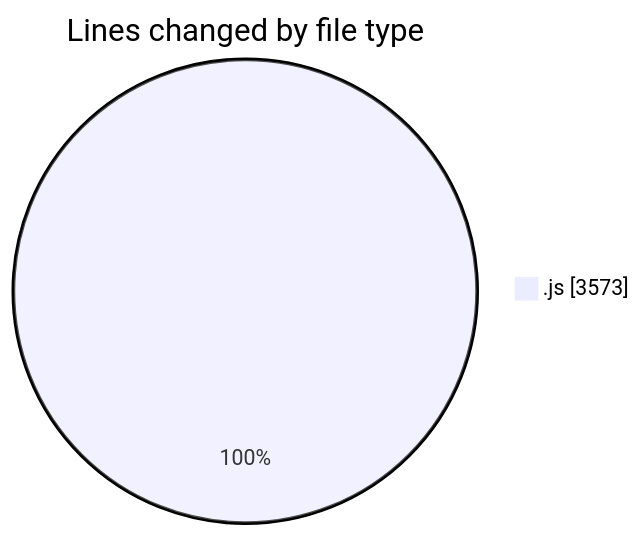
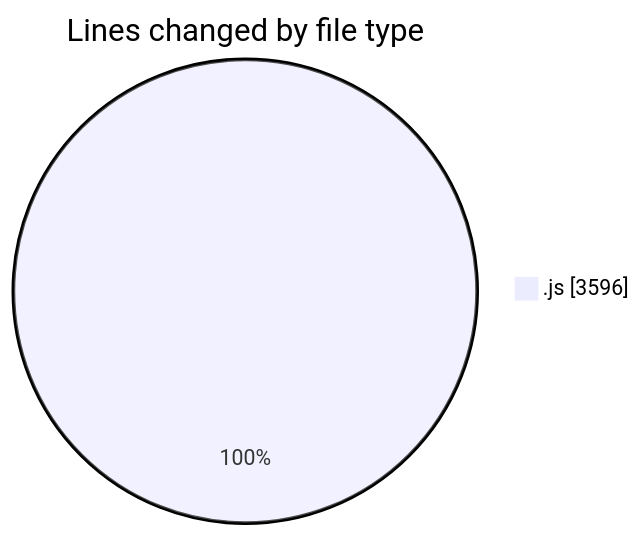
One commit to nxtqubesakshisongat/code-tracking changed the first of 2 diagrams in 2025-09-02/nxtqube_webapp/README.md. Above: the diagram before and after it, drawn with Mermaid. The commit also changed other lines of this file and 1 other file, not shown here.

````diff
--- a/2025-09-02/nxtqube_webapp/README.md
+++ b/2025-09-02/nxtqube_webapp/README.md
@@ -20,5 +20,5 @@
 ```mermaid
 pie showData
 title Lines changed by file type
-".js" : 3573
+".js" : 3596
 ```
````
